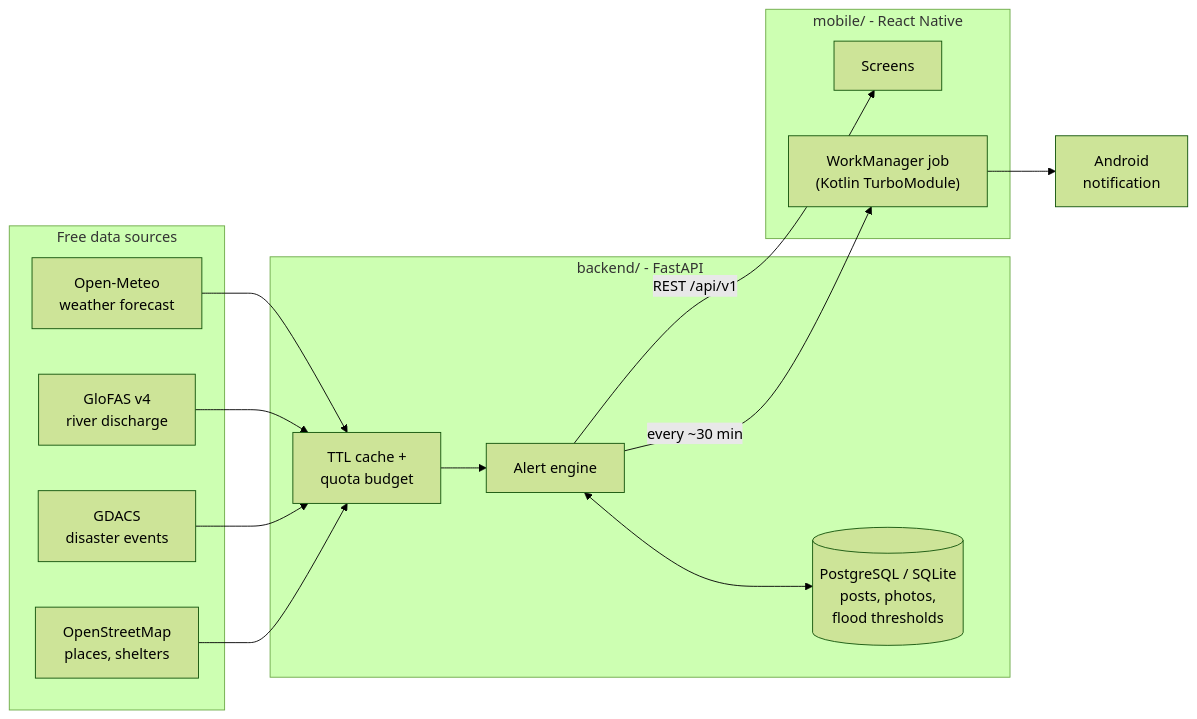
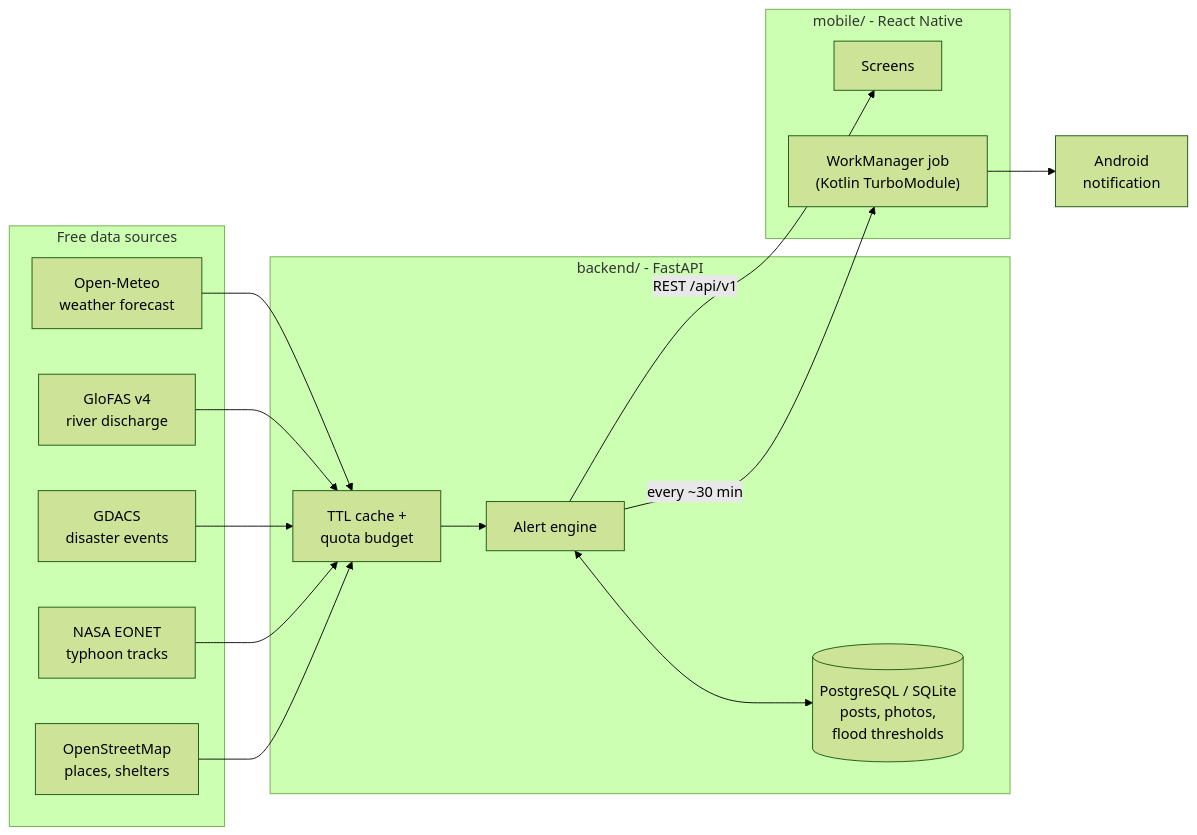
The diagram in README.md (pqthangv/FloodShield), drawn with Mermaid (forest theme) before and after one commit. The commit also changed other lines of this file and 13 other files, not shown here.

Commit message:
Add NASA EONET typhoon track

````diff
--- a/README.md
+++ b/README.md
@@ -51,22 +52,23 @@
 ```mermaid
 flowchart LR
   subgraph Sources["Free data sources"]
     OM["Open-Meteo<br/>weather forecast"]
     GF["GloFAS v4<br/>river discharge"]
     GD["GDACS<br/>disaster events"]
+    EO["NASA EONET<br/>typhoon tracks"]
     OSM["OpenStreetMap<br/>places, shelters"]
   end
   subgraph API["backend/ - FastAPI"]
     CACHE["TTL cache +<br/>quota budget"]
     ENGINE["Alert engine"]
     DB[("PostgreSQL / SQLite<br/>posts, photos,<br/>flood thresholds")]
   end
   subgraph App["mobile/ - React Native"]
     UI["Screens"]
     WORKER["WorkManager job<br/>(Kotlin TurboModule)"]
   end
-  OM & GF & GD & OSM --> CACHE --> ENGINE
+  OM & GF & GD & EO & OSM --> CACHE --> ENGINE
   ENGINE <--> DB
   ENGINE -- "REST /api/v1" --> UI
   ENGINE -- "every ~30 min" --> WORKER --> NOTIF["Android<br/>notification"]
 ```
````
